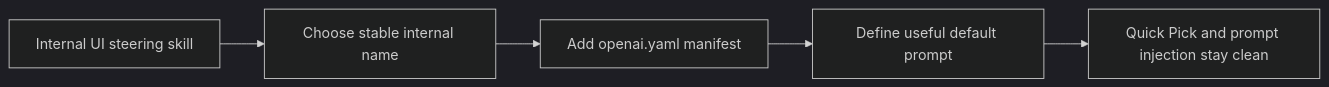
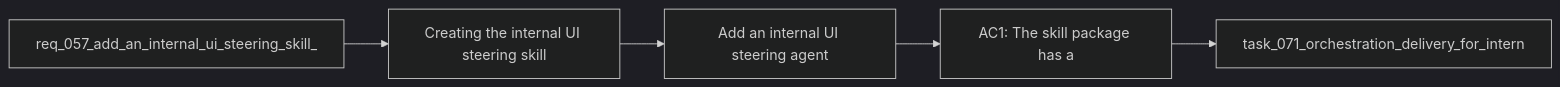
The diagram in logics/backlog/item_069_add_an_internal_ui_steering_agent_manifest_and_usage_contract.md (AlexAgo83/logics-manager), drawn with Mermaid (dark theme) before and after one commit. The commit also changed 481 other files, not shown here.

````diff
--- a/logics/backlog/item_069_add_an_internal_ui_steering_agent_manifest_and_usage_contract.md
+++ b/logics/backlog/item_069_add_an_internal_ui_steering_agent_manifest_and_usage_contract.md
@@ -35,8 +35,9 @@
 ```mermaid
+%% logics-kind: backlog
 %% logics-signature: backlog|add-an-internal-ui-steering-agent-manife|req-057-add-an-internal-ui-steering-skil|creating-the-internal-ui-steering-skill|ac1-the-skill-package-has-a
 flowchart LR
-    Skill[Internal UI steering skill] --> Name[Choose stable internal name]
-    Name --> Manifest[Add openai.yaml manifest]
-    Manifest --> Prompt[Define useful default prompt]
-    Prompt --> AgentUX[Quick Pick and prompt injection stay clean]
+    Request[req_057_add_an_internal_ui_steering_skill_] --> Problem[Creating the internal UI steering skill]
+    Problem --> Scope[Add an internal UI steering agent]
+    Scope --> Acceptance[AC1: The skill package has a]
+    Acceptance --> Tasks[task_071_orchestration_delivery_for_intern]
 ```
````
